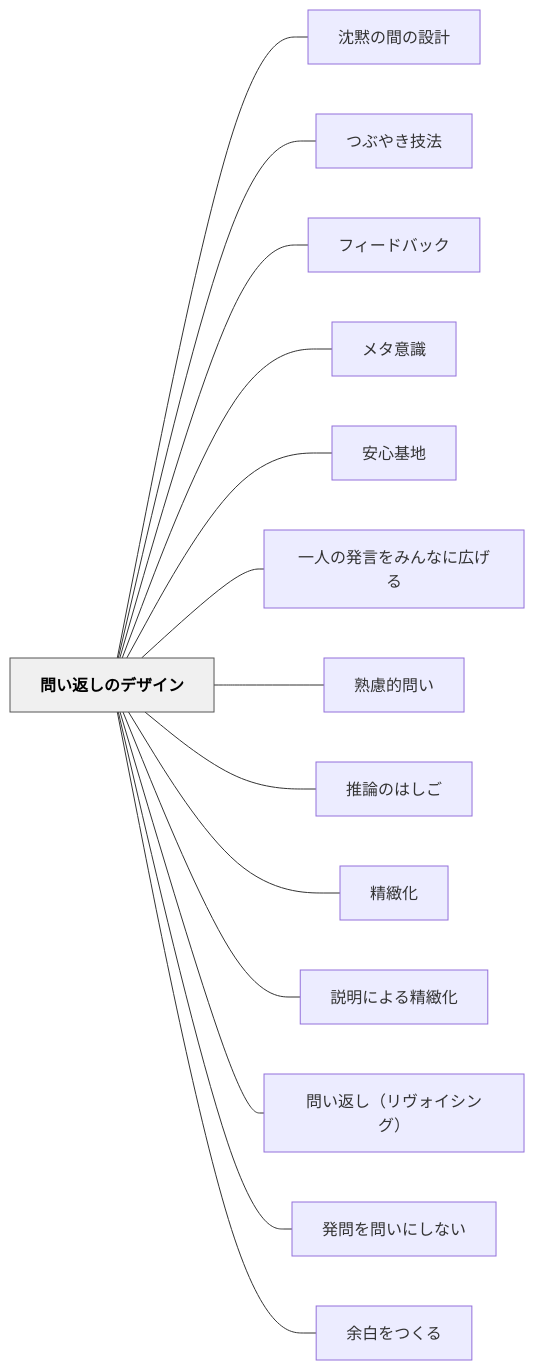
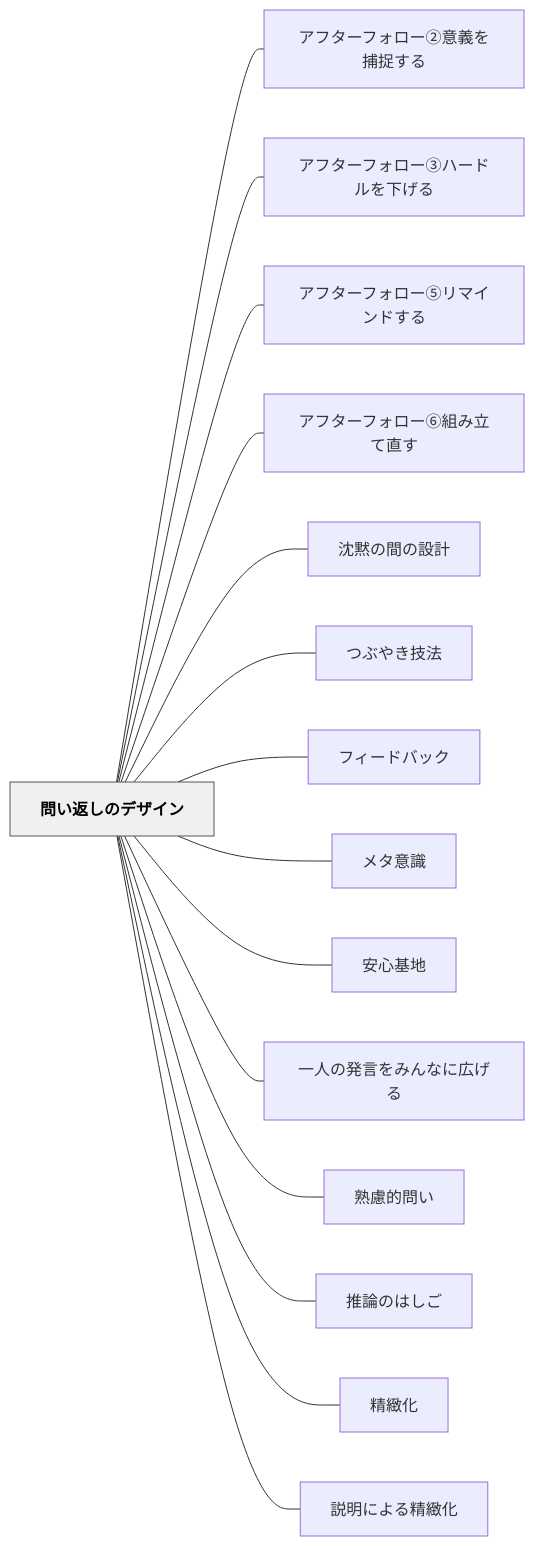
The diagram in content/パタン/問い返しのデザイン.md (unknownthings-ed-patterns/unknownthings-ed-patterns), drawn with Mermaid before and after one commit. The commit also changed other lines of this file and 38 other files, not shown here.

````diff
--- a/content/パタン/問い返しのデザイン.md
+++ b/content/パタン/問い返しのデザイン.md
@@ -78,34 +82,36 @@
 ```mermaid
 flowchart LR
     ne5958fe38184e8bf94e38197e381aee38387e382b6e382a4e383b3["問い返しのデザイン"]
+    ne382a2e38395e382bfe383bce38395e382a9e383ade383bce291a1e6848fe7bea9e38292e68d95e68d89e38199e3828b["アフターフォロー②意義を捕捉する"]
+    ne382a2e38395e382bfe383bce38395e382a9e383ade383bce291a2e3838fe383bce38389e383abe38292e4b88be38192e3828b["アフターフォロー③ハードルを下げる"]
+    ne382a2e38395e382bfe383bce38395e382a9e383ade383bce291a4e383aae3839ee382a4e383b3e38389e38199e3828b["アフターフォロー⑤リマインドする"]
+    ne382a2e38395e382bfe383bce38395e382a9e383ade383bce291a5e7b584e381bfe7ab8be381a6e79bb4e38199["アフターフォロー⑥組み立て直す"]
     ne6b288e9bb99e381aee99693e381aee8a8ade8a888["沈黙の間の設計"]
     ne381a4e381b6e38284e3818de68a80e6b395["つぶやき技法"]
     ne38395e382a3e383bce38389e38390e38383e382af["フィードバック"]
     ne383a1e382bfe6848fe8ad98["メタ意識"]
     ne5ae89e5bf83e59fbae59cb0["安心基地"]
     ne4b880e4babae381aee799bae8a880e38292e381bfe38293e381aae381abe5ba83e38192e3828b["一人の発言をみんなに広げる"]
     ne7869fe685aee79a84e5958fe38184["熟慮的問い"]
     ne68ea8e8ab96e381aee381afe38197e38194["推論のはしご"]
     ne7b2bee7b7bbe58c96["精緻化"]
     ne8aaace6988ee381abe38288e3828be7b2bee7b7bbe58c96["説明による精緻化"]
-    ne5958fe38184e8bf94e38197efbc88e383aae383b4e382a9e382a4e382b7e383b3e382b0efbc89["問い返し（リヴォイシング）"]
-    ne799bae5958fe38292e5958fe38184e381abe38197e381aae38184["発問を問いにしない"]
-    ne4bd99e799bde38292e381a4e3818fe3828b["余白をつくる"]
 
+    ne5958fe38184e8bf94e38197e381aee38387e382b6e382a4e383b3 --- ne382a2e38395e382bfe383bce38395e382a9e383ade383bce291a1e6848fe7bea9e38292e68d95e68d89e38199e3828b
+    ne5958fe38184e8bf94e38197e381aee38387e382b6e382a4e383b3 --- ne382a2e38395e382bfe383bce38395e382a9e383ade383bce291a2e3838fe383bce38389e383abe38292e4b88be38192e3828b
+    ne5958fe38184e8bf94e38197e381aee38387e382b6e382a4e383b3 --- ne382a2e38395e382bfe383bce38395e382a9e383ade383bce291a4e383aae3839ee382a4e383b3e38389e38199e3828b
+    ne5958fe38184e8bf94e38197e381aee38387e382b6e382a4e383b3 --- ne382a2e38395e382bfe383bce38395e382a9e383ade383bce291a5e7b584e381bfe7ab8be381a6e79bb4e38199
     ne5958fe38184e8bf94e38197e381aee38387e382b6e382a4e383b3 --- ne6b288e9bb99e381aee99693e381aee8a8ade8a888
     ne5958fe38184e8bf94e38197e381aee38387e382b6e382a4e383b3 --- ne381a4e381b6e38284e3818de68a80e6b395
     ne5958fe38184e8bf94e38197e381aee38387e382b6e382a4e383b3 --- ne38395e382a3e383bce38389e38390e38383e382af
     ne5958fe38184e8bf94e38197e381aee38387e382b6e382a4e383b3 --- ne383a1e382bfe6848fe8ad98
     ne5958fe38184e8bf94e38197e381aee38387e382b6e382a4e383b3 --- ne5ae89e5bf83e59fbae59cb0
     ne5958fe38184e8bf94e38197e381aee38387e382b6e382a4e383b3 --- ne4b880e4babae381aee799bae8a880e38292e381bfe38293e381aae381abe5ba83e38192e3828b
     ne5958fe38184e8bf94e38197e381aee38387e382b6e382a4e383b3 --- ne7869fe685aee79a84e5958fe38184
     ne5958fe38184e8bf94e38197e381aee38387e382b6e382a4e383b3 --- ne68ea8e8ab96e381aee381afe38197e38194
     ne5958fe38184e8bf94e38197e381aee38387e382b6e382a4e383b3 --- ne7b2bee7b7bbe58c96
     ne5958fe38184e8bf94e38197e381aee38387e382b6e382a4e383b3 --- ne8aaace6988ee381abe38288e3828be7b2bee7b7bbe58c96
-    ne5958fe38184e8bf94e38197e381aee38387e382b6e382a4e383b3 --- ne5958fe38184e8bf94e38197efbc88e383aae383b4e382a9e382a4e382b7e383b3e382b0efbc89
-    ne5958fe38184e8bf94e38197e381aee38387e382b6e382a4e383b3 --- ne799bae5958fe38292e5958fe38184e381abe38197e381aae38184
-    ne5958fe38184e8bf94e38197e381aee38387e382b6e382a4e383b3 --- ne4bd99e799bde38292e381a4e3818fe3828b
 
     classDef hub fill:#f0f0f0,stroke:#555,color:#000,font-weight:bold
     class ne5958fe38184e8bf94e38197e381aee38387e382b6e382a4e383b3 hub
 ```
````
